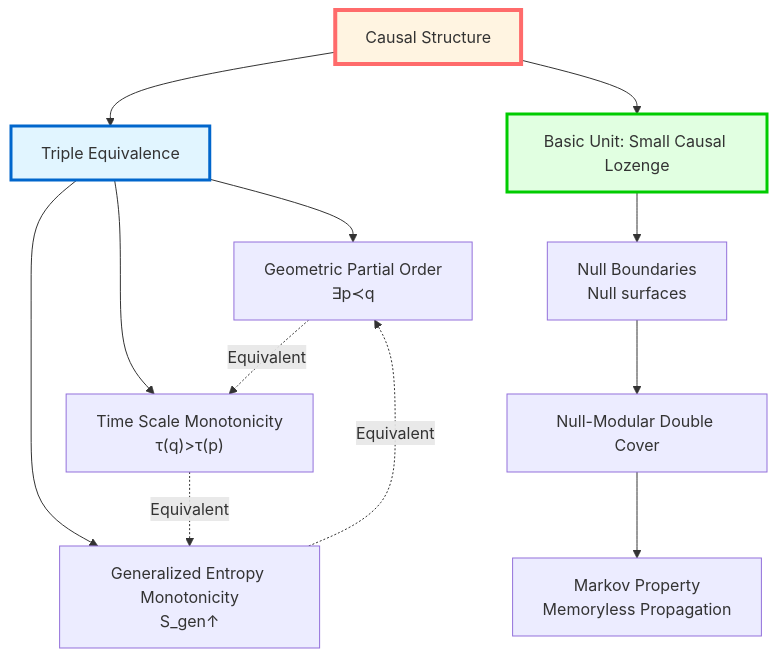
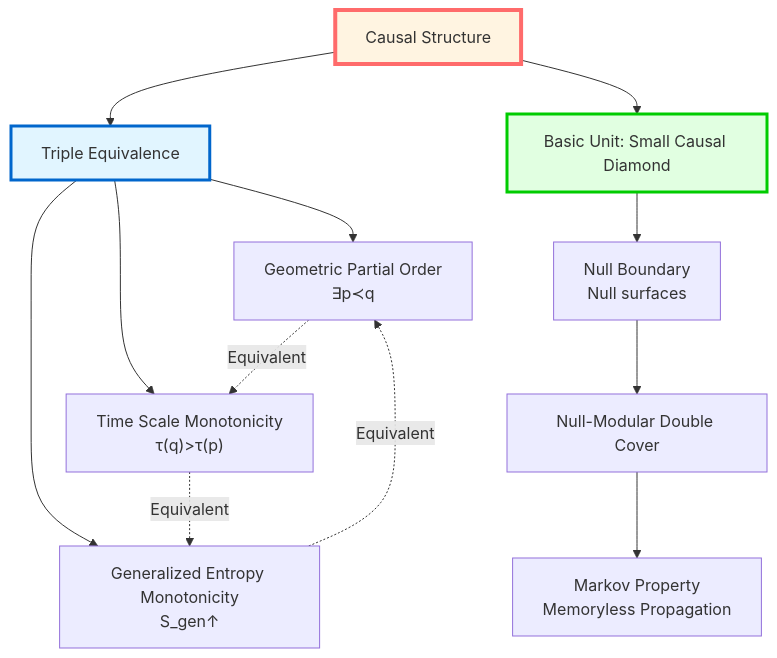
The first of 9 diagrams in docs/euler-article/gls-union/07-causal-structure/00-causal-overview_en.md (loning/zeckendorf-hilbert), drawn with Mermaid before and after one commit. The commit also changed other lines of this file and 8 other files, not shown here.

````diff
--- a/docs/euler-article/gls-union/07-causal-structure/00-causal-overview_en.md
+++ b/docs/euler-article/gls-union/07-causal-structure/00-causal-overview_en.md
@@ -9,22 +9,22 @@
 ```mermaid
 graph TB
     CAUSALITY["Causal Structure"] --> THREE["Triple Equivalence"]
 
     THREE --> ORDER["Geometric Partial Order<br/>∃p≺q"]
     THREE --> TIME["Time Scale Monotonicity<br/>τ(q)>τ(p)"]
     THREE --> ENTROPY["Generalized Entropy Monotonicity<br/>S_gen↑"]
 
     ORDER -.->|"Equivalent"| TIME
     TIME -.->|"Equivalent"| ENTROPY
     ENTROPY -.->|"Equivalent"| ORDER
 
-    CAUSALITY --> DIAMOND["Basic Unit: Small Causal Lozenge"]
-    DIAMOND --> NULL["Null Boundaries<br/>Null surfaces"]
+    CAUSALITY --> DIAMOND["Basic Unit: Small Causal Diamond"]
+    DIAMOND --> NULL["Null Boundary<br/>Null surfaces"]
     NULL --> MODULAR["Null-Modular Double Cover"]
 
     MODULAR --> MARKOV["Markov Property<br/>Memoryless Propagation"]
 
     style CAUSALITY fill:#fff4e1,stroke:#ff6b6b,stroke-width:4px
     style THREE fill:#e1f5ff,stroke:#0066cc,stroke-width:3px
     style DIAMOND fill:#e1ffe1,stroke:#00cc00,stroke-width:3px
 ```
````
